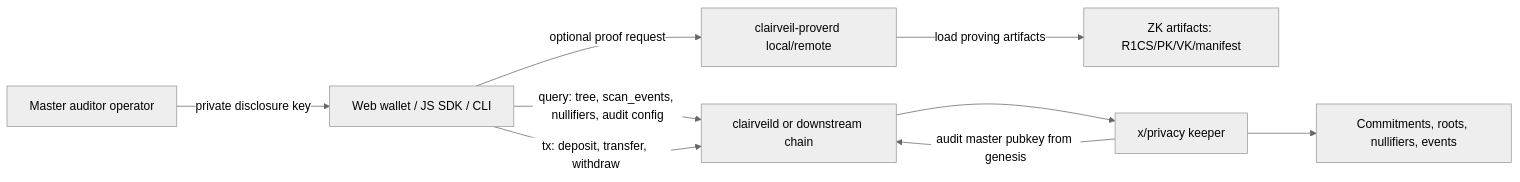
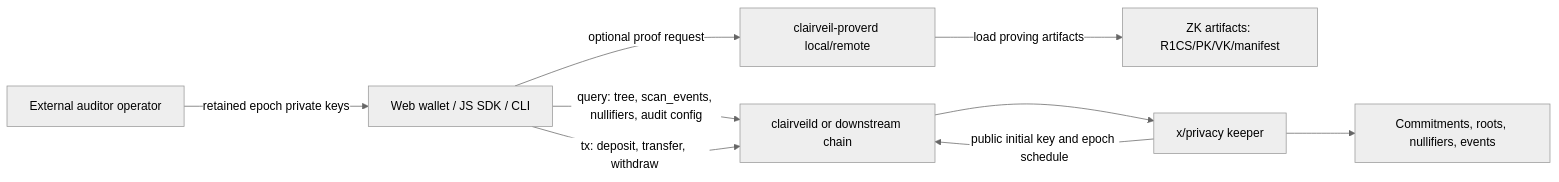
The diagram in docs/clairveil-threat-model-kr.md (DELIGHT-LABS/clairveil), drawn with Mermaid (neutral theme) before and after one commit. The commit also changed other lines of this file and 47 other files, not shown here.

````diff
--- a/docs/clairveil-threat-model-kr.md
+++ b/docs/clairveil-threat-model-kr.md
@@ -18,11 +18,11 @@
 ```mermaid
 flowchart LR
   Wallet["Web wallet / JS SDK / CLI"] -->|"query: tree, scan_events, nullifiers, audit config"| Node["clairveild or downstream chain"]
   Wallet -->|"tx: deposit, transfer, withdraw"| Node
   Wallet -->|"optional proof request"| Prover["clairveil-proverd local/remote"]
   Prover -->|"load proving artifacts"| Artifacts["ZK artifacts: R1CS/PK/VK/manifest"]
   Node --> Privacy["x/privacy keeper"]
   Privacy --> State["Commitments, roots, nullifiers, events"]
-  Auditor["Master auditor operator"] -->|"private disclosure key"| Wallet
-  Privacy -->|"audit master pubkey from genesis"| Node
+  Auditor["External auditor operator"] -->|"retained epoch private keys"| Wallet
+  Privacy -->|"public initial key and epoch schedule"| Node
 ```
````
